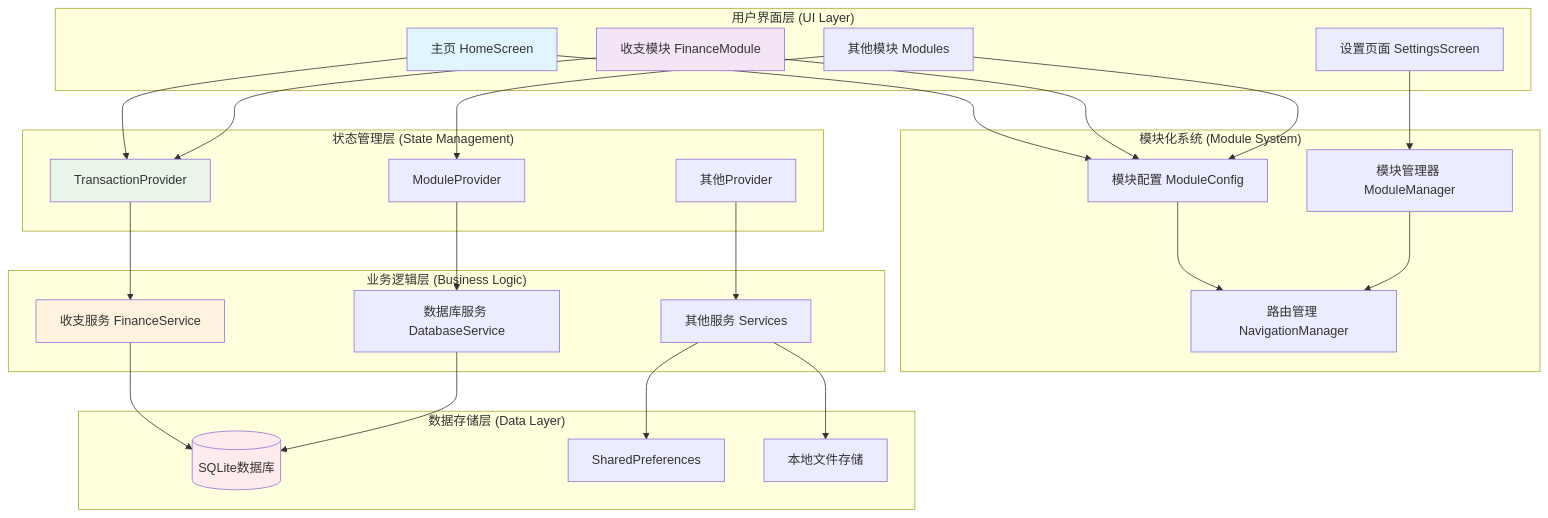
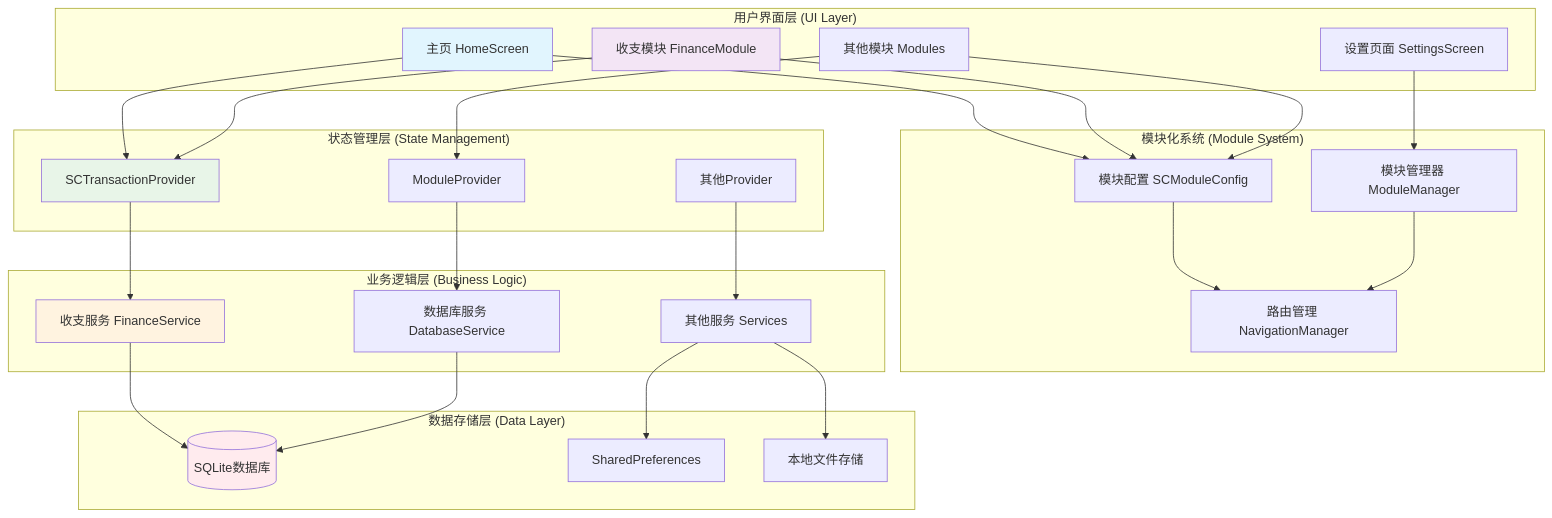
One commit to SnailDong/liferecord changed the fourth of 10 diagrams in LifeRecord_Design_Document.md. Above: the diagram before and after it, drawn with Mermaid. The commit also changed other lines of this file, not shown here.

````diff
--- a/LifeRecord_Design_Document.md
+++ b/LifeRecord_Design_Document.md
@@ -1194,60 +1194,60 @@
 ```mermaid
 graph TB
     subgraph "用户界面层 (UI Layer)"
         A[主页 HomeScreen]
         B[收支模块 FinanceModule]
         C[其他模块 Modules]
         D[设置页面 SettingsScreen]
     end
 
     subgraph "模块化系统 (Module System)"
-        E[模块配置 ModuleConfig]
+        E[模块配置 SCModuleConfig]
         F[模块管理器 ModuleManager]
         G[路由管理 NavigationManager]
     end
 
     subgraph "状态管理层 (State Management)"
-        H[TransactionProvider]
+        H[SCTransactionProvider]
         I[ModuleProvider]
         J[其他Provider]
     end
 
     subgraph "业务逻辑层 (Business Logic)"
         K[收支服务 FinanceService]
         L[数据库服务 DatabaseService]
         M[其他服务 Services]
     end
 
     subgraph "数据存储层 (Data Layer)"
         N[(SQLite数据库)]
         O[SharedPreferences]
         P[本地文件存储]
     end
 
     A --> E
     B --> E
     C --> E
     D --> F
 
     E --> G
     F --> G
 
     A --> H
     B --> H
     C --> I
 
     H --> K
     I --> L
     J --> M
 
     K --> N
     L --> N
     M --> O
     M --> P
 
     style A fill:#e1f5fe
     style B fill:#f3e5f5
     style H fill:#e8f5e8
     style K fill:#fff3e0
     style N fill:#ffebee
 ```
````
